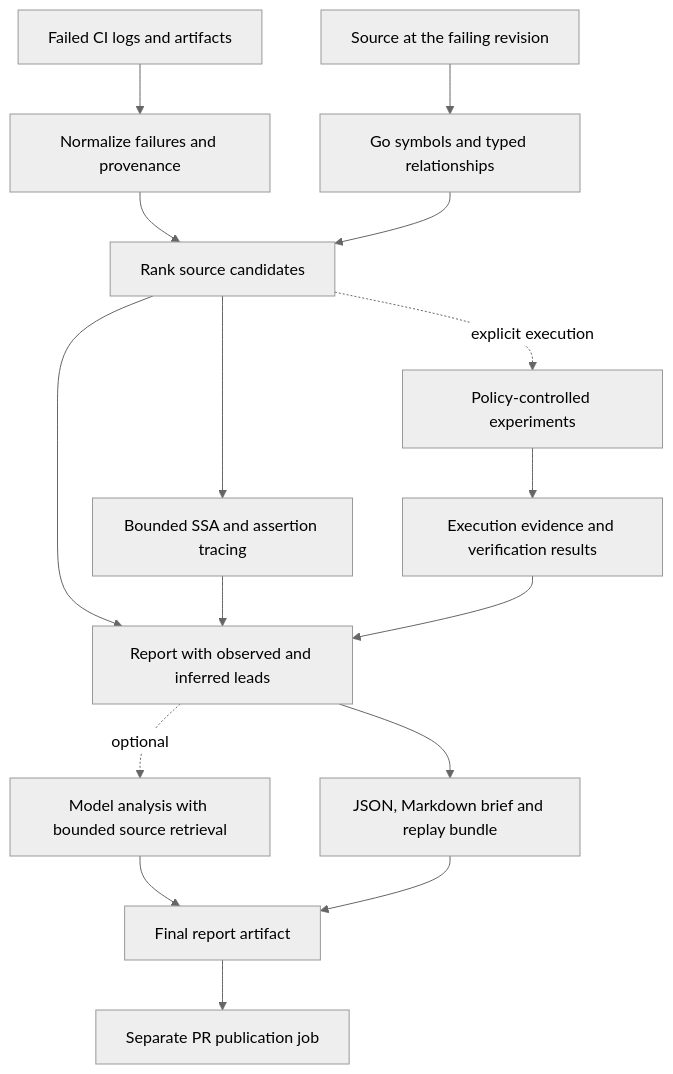
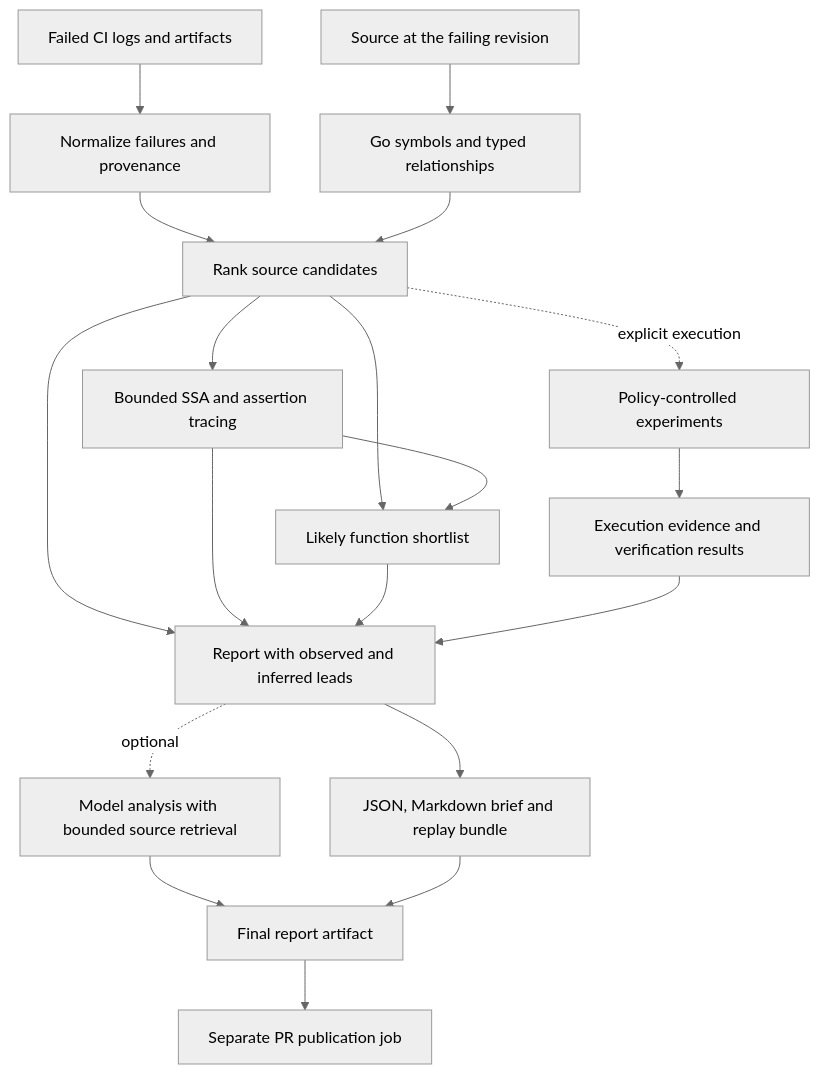
One commit to Malenia-org/Malenia changed the first of 2 diagrams in README.md. Above: the diagram before and after it, drawn with Mermaid (neutral theme). The commit also changed other lines of this file and 10 other files, not shown here.

````diff
--- a/README.md
+++ b/README.md
@@ -222,18 +235,21 @@
 ```mermaid
 flowchart TD
     CI[Failed CI logs and artifacts] --> N[Normalize failures and provenance]
     REV[Source at the failing revision] --> SRC[Go symbols and typed relationships]
     N --> C[Rank source candidates]
     SRC --> C
     C --> SSA[Bounded SSA and assertion tracing]
+    C --> LF[Likely function shortlist]
+    SSA --> LF
     C --> REP[Report with observed and inferred leads]
     SSA --> REP
+    LF --> REP
     C -. explicit execution .-> EX[Policy-controlled experiments]
     EX --> E[Execution evidence and verification results]
     E --> REP
     REP --> BRIEF[JSON, Markdown brief and replay bundle]
     REP -. optional .-> AI[Model analysis with bounded source retrieval]
     AI --> FINAL[Final report artifact]
     BRIEF --> FINAL
     FINAL --> PR[Separate PR publication job]
 ```
````
